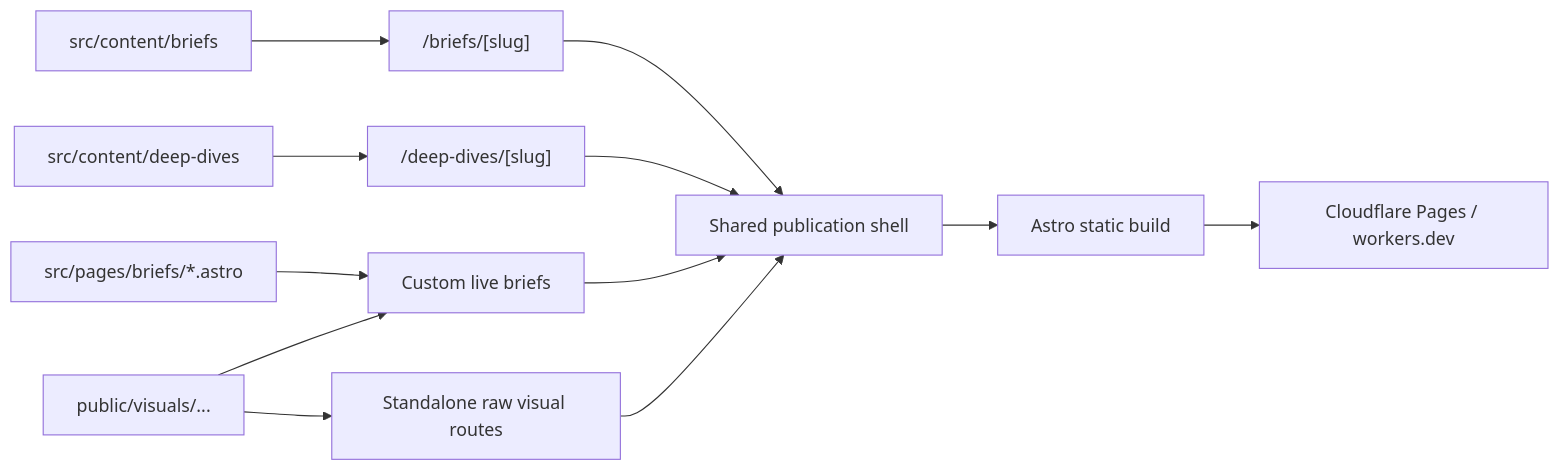
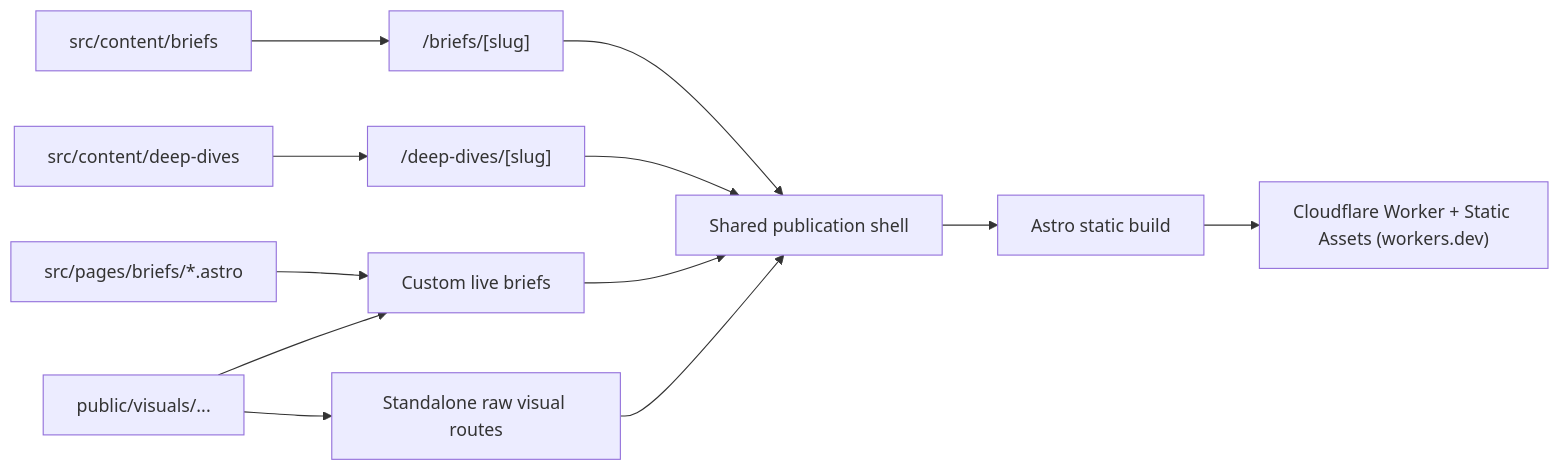
The diagram in README.md (vinayagrw/models-to-margins), drawn with Mermaid before and after one commit. The commit also changed other lines of this file, not shown here.

````diff
--- a/README.md
+++ b/README.md
@@ -78,14 +82,14 @@
 ```mermaid
 flowchart LR
   A["src/content/briefs"] --> B["/briefs/[slug]"]
   C["src/content/deep-dives"] --> D["/deep-dives/[slug]"]
   E["src/pages/briefs/*.astro"] --> F["Custom live briefs"]
   G["public/visuals/..."] --> F
   G --> H["Standalone raw visual routes"]
   B --> I["Shared publication shell"]
   D --> I
   F --> I
   H --> I
   I --> J["Astro static build"]
-  J --> K["Cloudflare Pages / workers.dev"]
+  J --> K["Cloudflare Worker + Static Assets (workers.dev)"]
 ```
````
